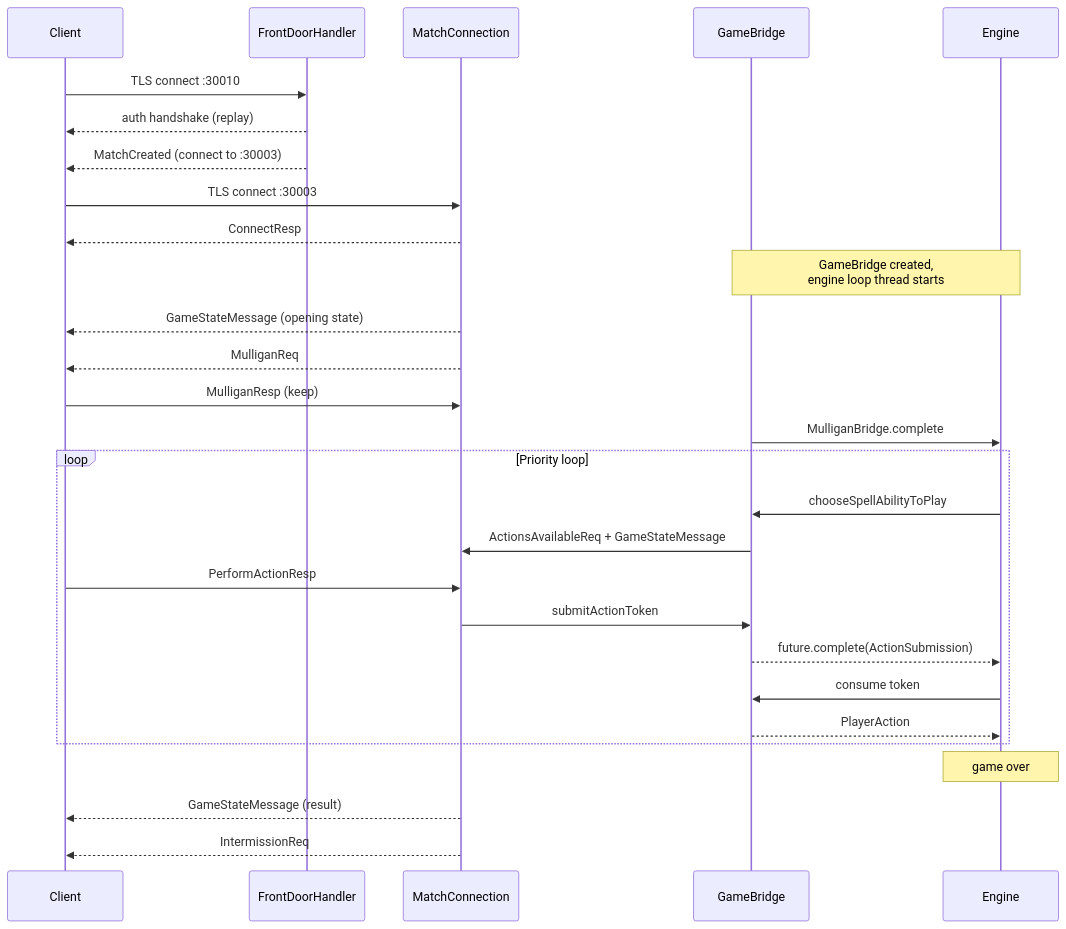
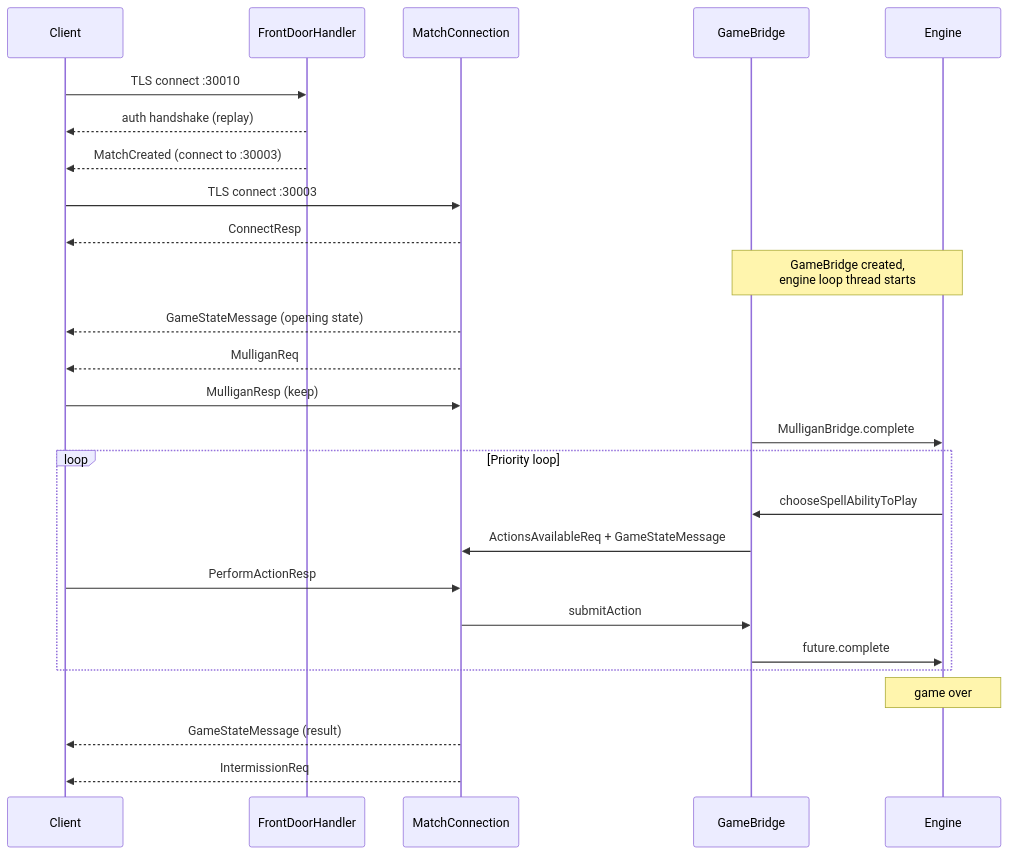
One commit to delebedev/leyline changed the second of 2 diagrams in docs/architecture.md. Above: the diagram before and after it, drawn with Mermaid. The commit also changed other lines of this file and 148 other files, not shown here.

````diff
--- a/docs/architecture.md
+++ b/docs/architecture.md
@@ -125,37 +108,35 @@
 ```mermaid
 sequenceDiagram
     participant C as Client
     participant FD as FrontDoorHandler
     participant MC as MatchConnection
     participant GB as GameBridge
     participant ENG as Engine
 
     C->>FD: TLS connect :30010
     FD-->>C: auth handshake (replay)
     FD-->>C: MatchCreated (connect to :30003)
 
     C->>MC: TLS connect :30003
     MC-->>C: ConnectResp
 
     Note over GB,ENG: GameBridge created,<br/>engine loop thread starts
 
     MC-->>C: GameStateMessage (opening state)
     MC-->>C: MulliganReq
 
     C->>MC: MulliganResp (keep)
     GB->>ENG: MulliganBridge.complete
 
     loop Priority loop
         ENG->>GB: chooseSpellAbilityToPlay
         GB->>MC: ActionsAvailableReq + GameStateMessage
         C->>MC: PerformActionResp
-        MC->>GB: submitActionToken
-        GB-->>ENG: future.complete(ActionSubmission)
-        ENG->>GB: consume token
-        GB-->>ENG: PlayerAction
+        MC->>GB: submitAction
+        GB->>ENG: future.complete
     end
 
     Note over ENG: game over
     MC-->>C: GameStateMessage (result)
     MC-->>C: IntermissionReq
 ```
````
